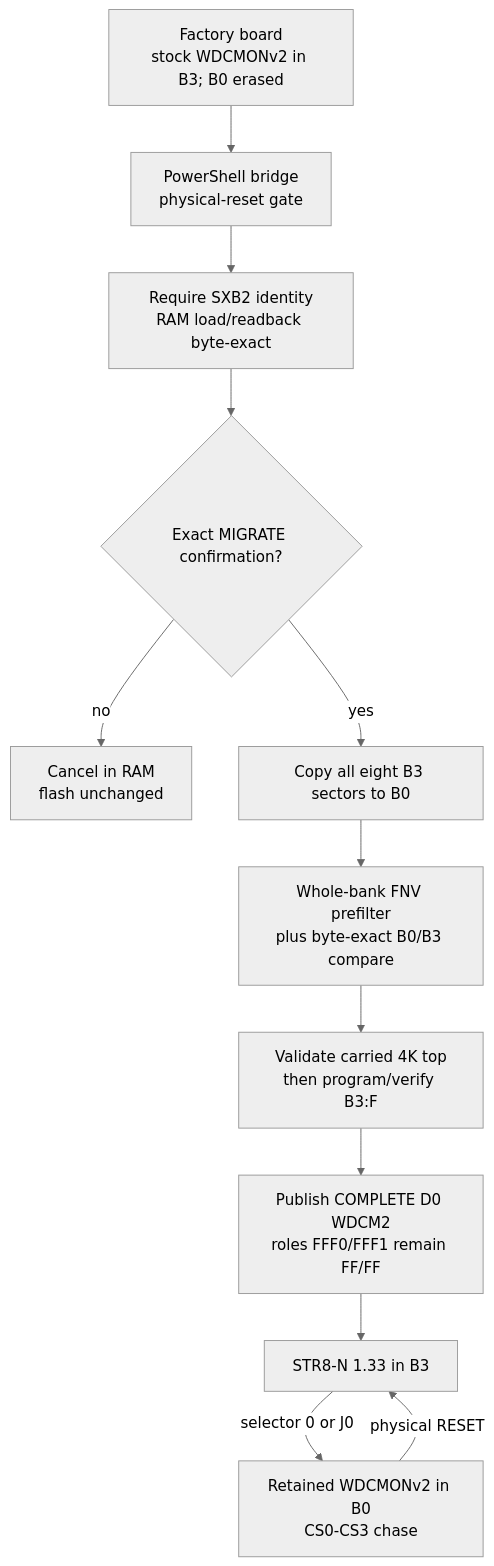
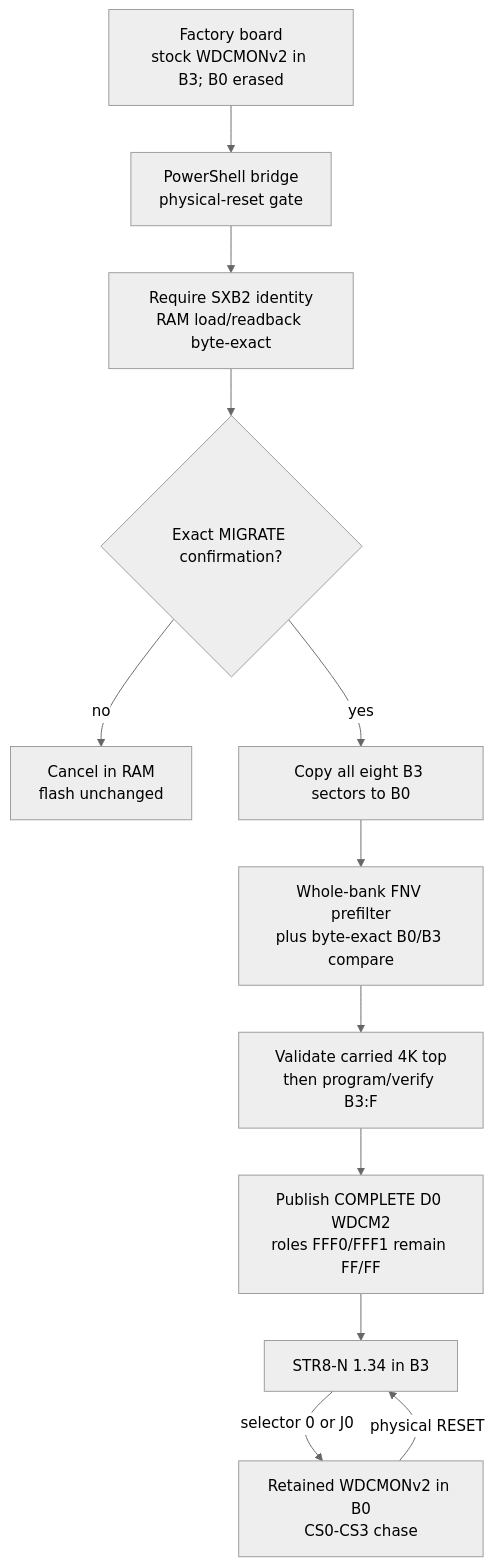
One commit to 95westus/STR8-N changed the fifth of 14 diagrams in docs/MAPS.md. Above: the diagram before and after it, drawn with Mermaid (neutral theme). The commit also changed other lines of this file and 66 other files, not shown here.

````diff
--- a/docs/MAPS.md
+++ b/docs/MAPS.md
@@ -108,14 +109,14 @@
 ```mermaid
 flowchart TD
     F[Factory board<br/>stock WDCMONv2 in B3; B0 erased] --> H[PowerShell bridge<br/>physical-reset gate]
     H --> V[Require SXB2 identity<br/>RAM load/readback byte-exact]
     V --> M{Exact MIGRATE confirmation?}
     M -->|no| X[Cancel in RAM<br/>flash unchanged]
     M -->|yes| C[Copy all eight B3 sectors to B0]
     C --> E[Whole-bank FNV prefilter<br/>plus byte-exact B0/B3 compare]
     E --> T[Validate carried 4K top<br/>then program/verify B3:F]
     T --> D[Publish COMPLETE D0 WDCM2<br/>roles FFF0/FFF1 remain FF/FF]
-    D --> S[STR8-N 1.33 in B3]
+    D --> S[STR8-N 1.34 in B3]
     S -->|selector 0 or J0| W[Retained WDCMONv2 in B0<br/>CS0-CS3 chase]
     W -->|physical RESET| S
 ```
````
